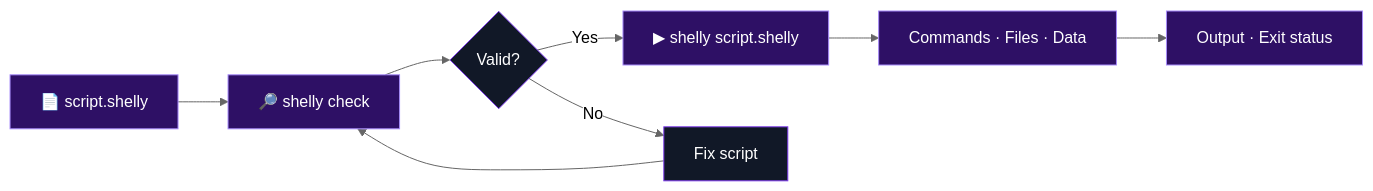
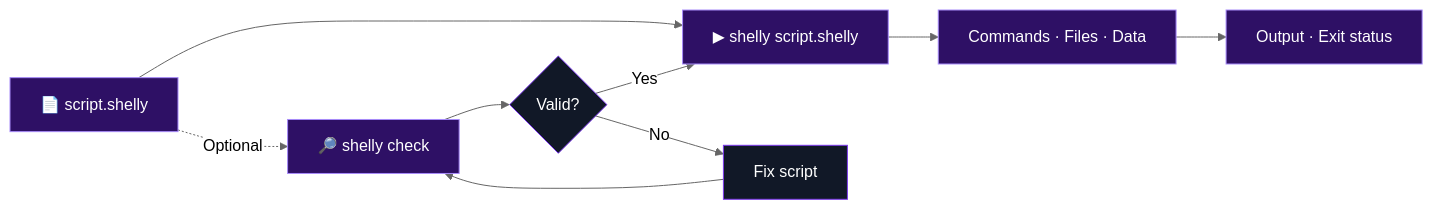
Before and after one commit to Soyagvs/shelly: the diagram in README.md, drawn with Mermaid (neutral theme). The commit also changed other lines of this file, not shown here.

Commit message:
docs: make script validation optional

````diff
--- a/README.md
+++ b/README.md
@@ -143,14 +146,15 @@
 ```mermaid
 flowchart LR
-    A["📄 script.shelly"] --> B["🔎 shelly check"]
+    A["📄 script.shelly"] --> D["▶ shelly script.shelly"]
+    A -. Optional .-> B["🔎 shelly check"]
     B --> C{"Valid?"}
-    C -->|Yes| D["▶ shelly script.shelly"]
+    C -->|Yes| D
     C -->|No| E["Fix script"]
     E --> B
     D --> F["Commands · Files · Data"]
     F --> G["Output · Exit status"]
     classDef purple fill:#2e1065,stroke:#a78bfa,color:#ffffff;
     classDef dark fill:#111827,stroke:#7c3aed,color:#ffffff;
     class A,B,D,F,G purple;
     class C,E dark;
 ```
````
